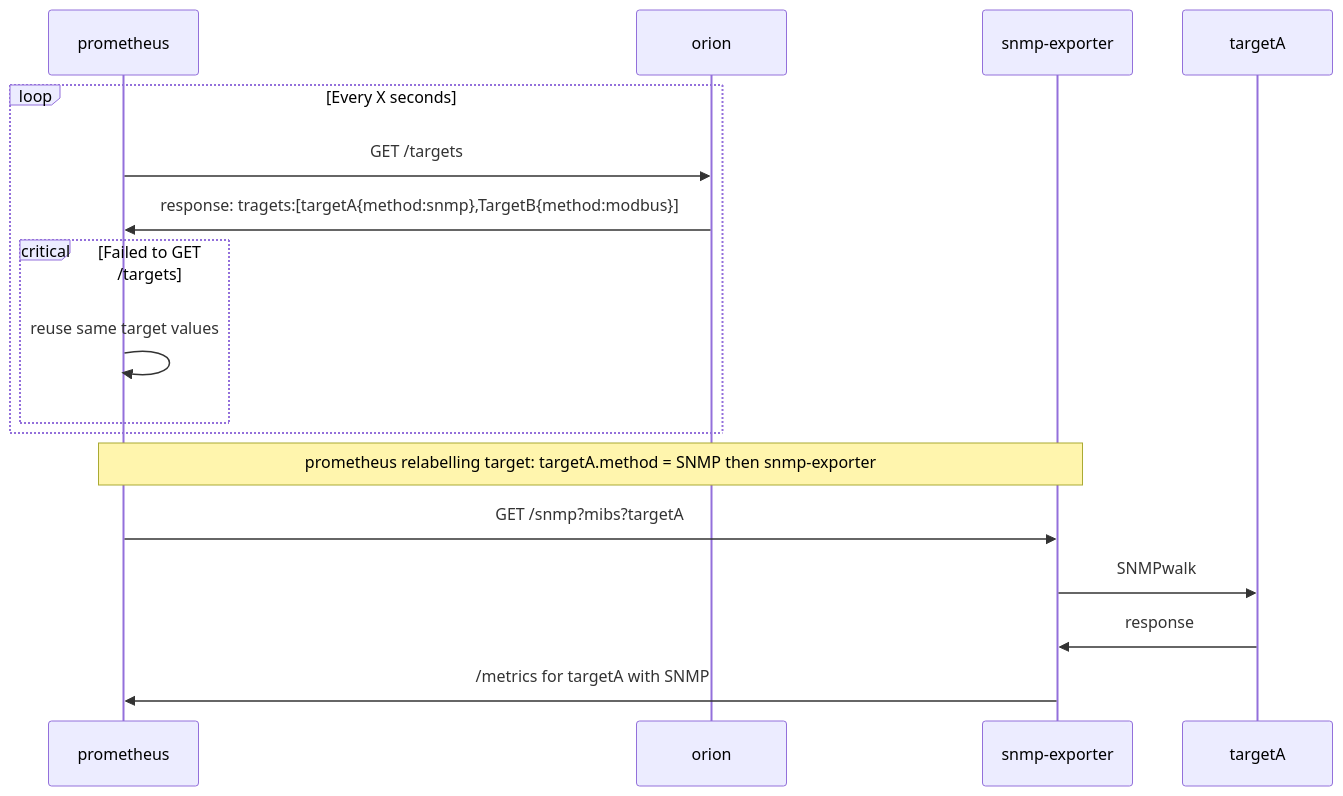
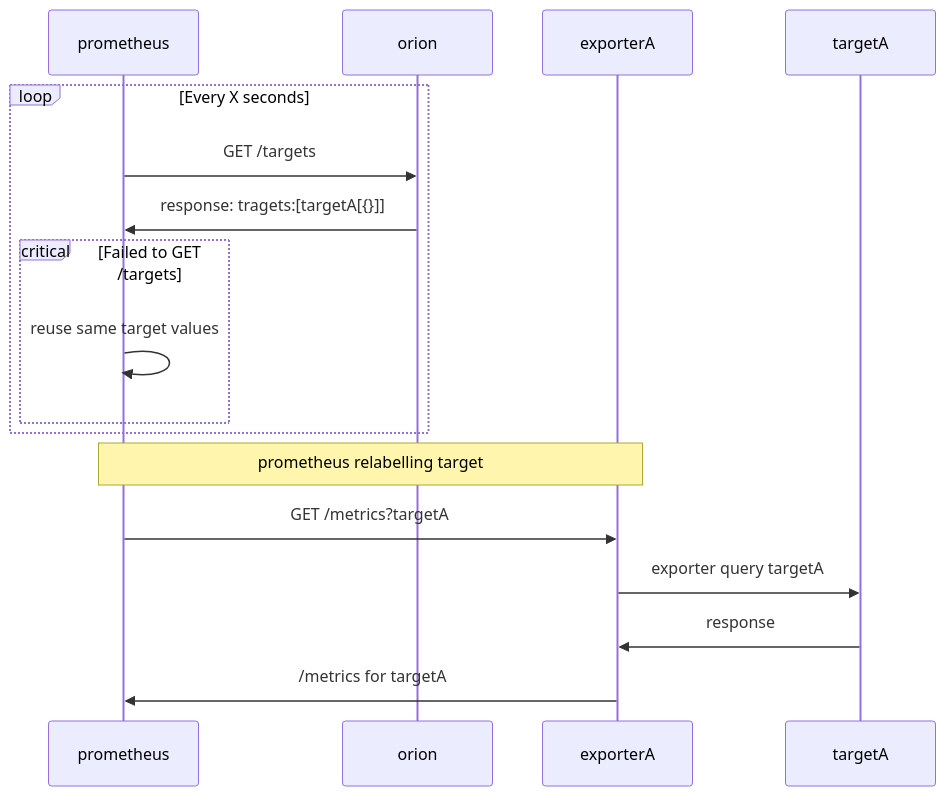
Before and after one commit to geekxflood/orion: the first of 2 diagrams in README.md, drawn with Mermaid. The commit also changed other lines of this file, not shown here.

````diff
--- a/README.md
+++ b/README.md
@@ -268,19 +317,20 @@
 ```mermaid
 sequenceDiagram
     participant prometheus
     participant orion
-    participant snmp-exporter
+    participant exporterA
     participant targetA
     loop Every X seconds
         prometheus->>orion: GET /targets
-        orion->>prometheus: response: tragets:[targetA{method:snmp},TargetB{method:modbus}]
+        orion->>prometheus: response: tragets:[targetA[{}]]
         critical Failed to GET /targets
             prometheus->>prometheus: reuse same target values
         end
     end
-    Note over prometheus,snmp-exporter: prometheus relabelling target: targetA.method = SNMP then snmp-exporter
-    prometheus->>snmp-exporter: GET /snmp?mibs?targetA
-    snmp-exporter->>targetA: SNMPwalk
-    targetA->>snmp-exporter: response
-    snmp-exporter->>prometheus: /metrics for targetA with SNMP
+    Note over prometheus,exporterA: prometheus relabelling target
+    prometheus->>exporterA: GET /metrics?targetA
+    exporterA->>targetA: exporter query targetA
+    targetA->>exporterA: response
+    exporterA->>prometheus: /metrics for targetA
+    
 ```
````
